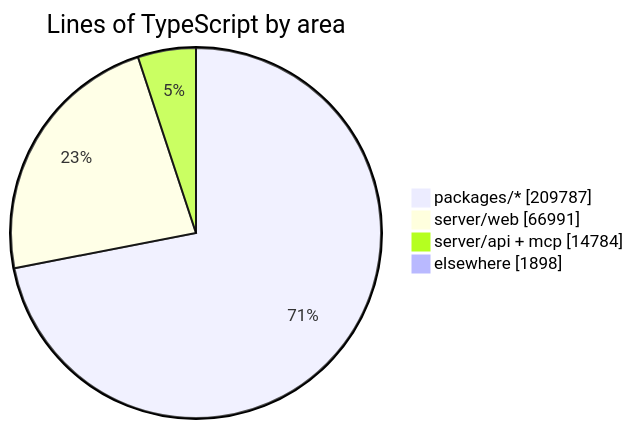
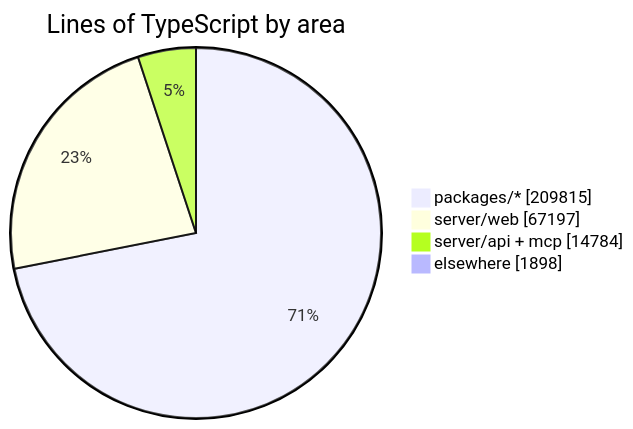
Before and after one commit to crossworks-engineering/mantle: the diagram in README.md, drawn with Mermaid. The commit also changed other lines of this file and 2 other files, not shown here.

````diff
--- a/README.md
+++ b/README.md
@@ -287,7 +287,7 @@
 ```mermaid
 pie showData title Lines of TypeScript by area
-    "packages/*" : 209787
-    "server/web" : 66991
+    "packages/*" : 209815
+    "server/web" : 67197
     "server/api + mcp" : 14784
     "elsewhere" : 1898
 ```
````
